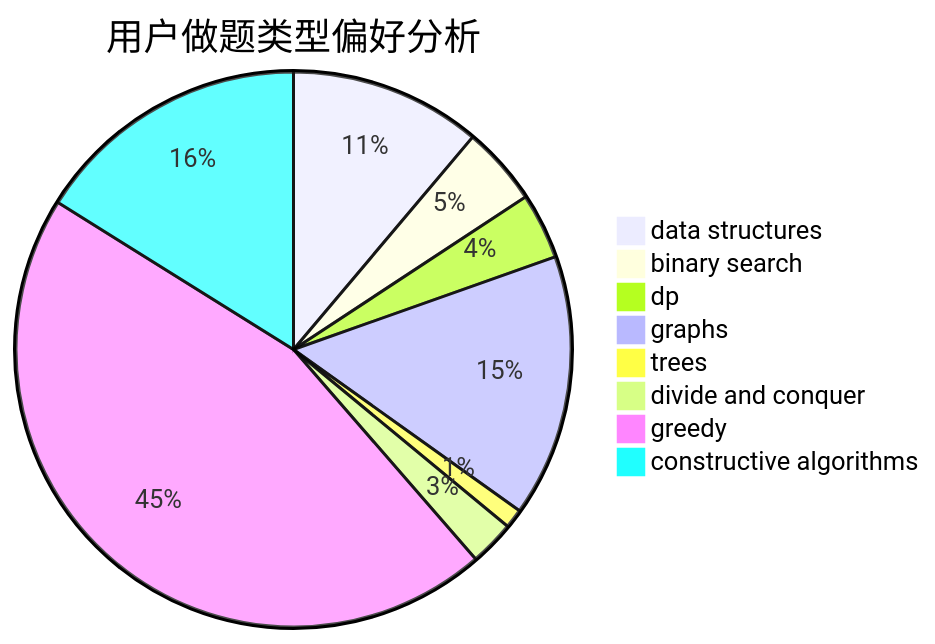
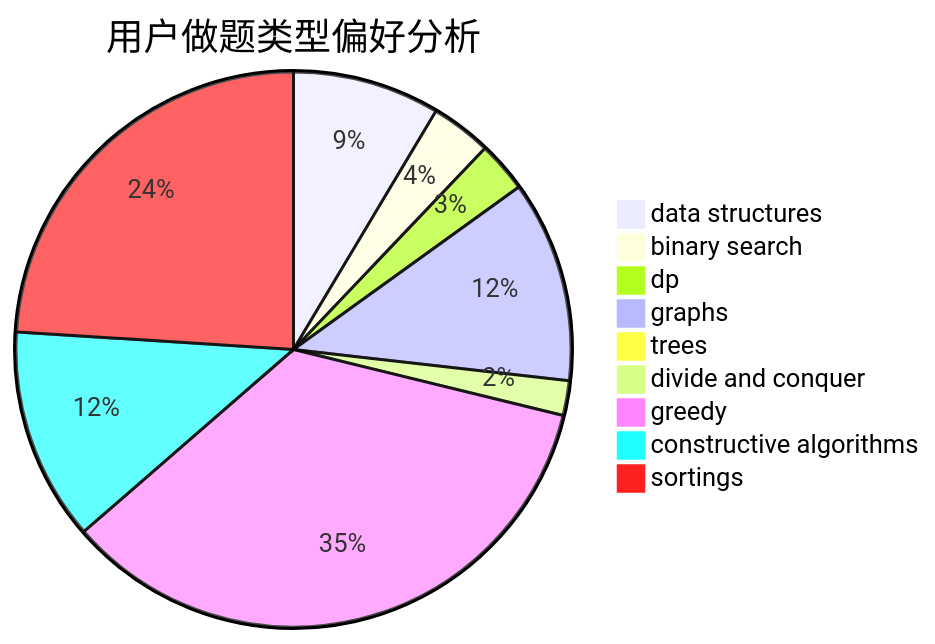
The second of 3 diagrams in docs/user/u67.md (sherpahu/cfrs.github.io), drawn with Mermaid before and after one commit. The commit also changed other lines of this file and 2769 other files, not shown here.

````diff
--- a/docs/user/u67.md
+++ b/docs/user/u67.md
@@ -23,11 +18,12 @@
 ```mermaid
 pie title 用户做题类型偏好分析
     "data structures" :  119
     "binary search" :  49
     "dp" :  41
     "graphs" :  163
     "trees" :  12
     "divide and conquer" :  28
     "greedy" :  483
     "constructive algorithms" :  172
+    "sortings" :  333
 ```
````
